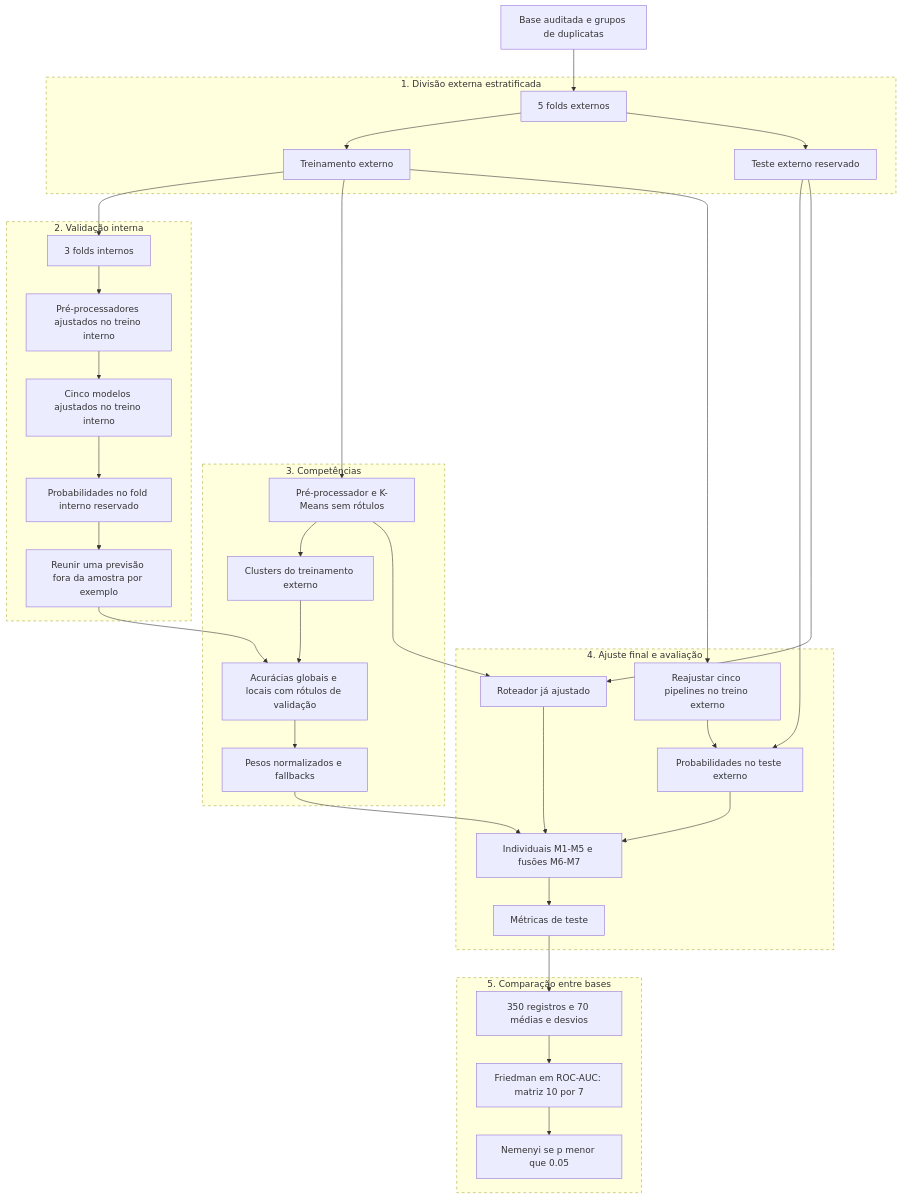
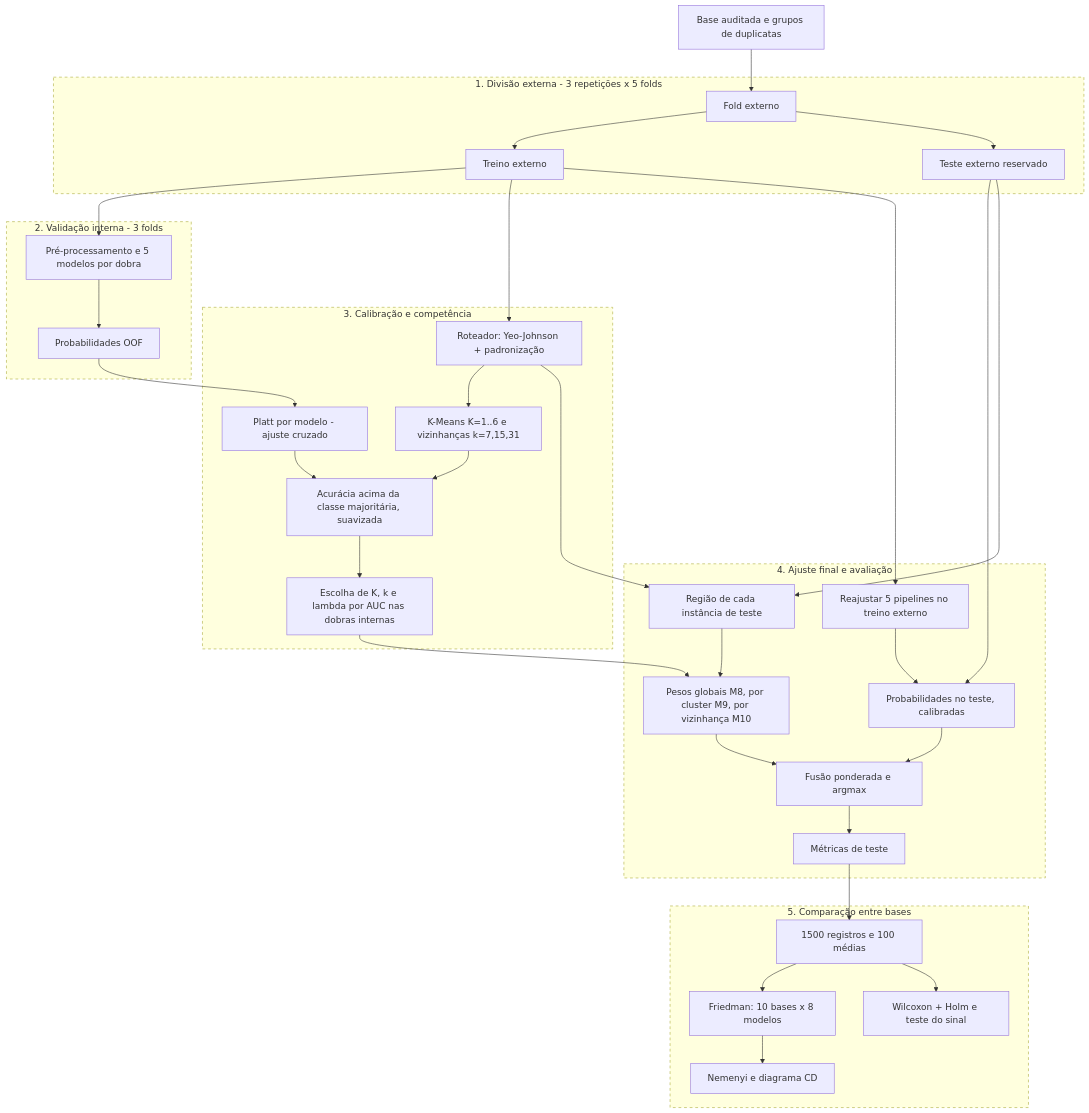
Before and after one commit to GabrielAlbuquerque01/rec_pad: the first of 2 diagrams in docs/METODO.md, drawn with Mermaid. The commit also changed other lines of this file and 6 other files, not shown here.

````diff
--- a/docs/METODO.md
+++ b/docs/METODO.md
@@ -25,43 +57,43 @@
 ```mermaid
 flowchart TD
     D[Base auditada e grupos de duplicatas] --> O
-    subgraph E1[1. Divisão externa estratificada]
-        O[5 folds externos] --> T[Treinamento externo]
+    subgraph E1[1. Divisão externa - 3 repetições x 5 folds]
+        O[Fold externo] --> T[Treino externo]
         O --> H[Teste externo reservado]
     end
-    subgraph E2[2. Validação interna]
-        T --> I[3 folds internos]
-        I --> P[Pré-processadores ajustados no treino interno]
-        P --> M[Cinco modelos ajustados no treino interno]
-        M --> V[Probabilidades no fold interno reservado]
-        V --> Q[Reunir uma previsão fora da amostra por exemplo]
+    subgraph E2[2. Validação interna - 3 folds]
+        T --> I[Pré-processamento e 5 modelos por dobra]
+        I --> Q[Probabilidades OOF]
     end
-    subgraph E3[3. Competências]
-        T --> R[Pré-processador e K-Means sem rótulos]
-        R --> C[Clusters do treinamento externo]
-        Q --> A[Acurácias globais e locais com rótulos de validação]
-        C --> A
-        A --> W[Pesos normalizados e fallbacks]
+    subgraph E3[3. Calibração e competência]
+        Q --> C[Platt por modelo - ajuste cruzado]
+        T --> R[Roteador: Yeo-Johnson + padronização]
+        R --> K[K-Means K=1..6 e vizinhanças k=7,15,31]
+        C --> A[Acurácia acima da classe majoritária, suavizada]
+        K --> A
+        A --> S[Escolha de K, k e lambda por AUC nas dobras internas]
     end
     subgraph E4[4. Ajuste final e avaliação]
-        T --> F[Reajustar cinco pipelines no treino externo]
-        F --> S[Probabilidades no teste externo]
-        H --> S
-        H --> K[Roteador já ajustado]
-        R --> K
-        S --> G[Individuais M1-M5 e fusões M6-M7]
-        K --> G
-        W --> G
-        G --> E[Métricas de teste]
+        T --> F[Reajustar 5 pipelines no treino externo]
+        F --> P[Probabilidades no teste, calibradas]
+        H --> P
+        H --> G[Região de cada instância de teste]
+        R --> G
+        S --> W[Pesos globais M8, por cluster M9, por vizinhança M10]
+        G --> W
+        P --> Z[Fusão ponderada e argmax]
+        W --> Z
+        Z --> E[Métricas de teste]
     end
     subgraph E5[5. Comparação entre bases]
-        E --> U[350 registros e 70 médias e desvios]
-        U --> Z[Friedman em ROC-AUC: matriz 10 por 7]
-        Z --> N[Nemenyi se p menor que 0.05]
+        E --> U[1500 registros e 100 médias]
+        U --> FR[Friedman: 10 bases x 8 modelos]
+        FR --> N[Nemenyi e diagrama CD]
+        U --> WX[Wilcoxon + Holm e teste do sinal]
     end
     style E1 stroke-dasharray: 5 5
     style E2 stroke-dasharray: 5 5
     style E3 stroke-dasharray: 5 5
     style E4 stroke-dasharray: 5 5
     style E5 stroke-dasharray: 5 5
 ```
````
